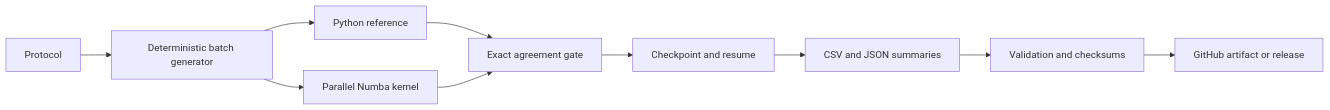
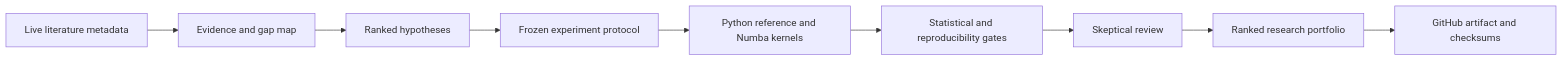
Before and after one commit to net421/industrial-risk-control: the diagram in README.md, drawn with Mermaid. The commit also changed other lines of this file, not shown here.

Commit message:
document research factory roadmap

````diff
--- a/README.md
+++ b/README.md
@@ -24,12 +51,11 @@
 ```mermaid
 flowchart LR
-    A[Protocol] --> B[Deterministic batch generator]
-    B --> C[Python reference]
-    B --> D[Parallel Numba kernel]
-    C --> E[Exact agreement gate]
-    D --> E
-    E --> F[Checkpoint and resume]
-    F --> G[CSV and JSON summaries]
-    G --> H[Validation and checksums]
-    H --> I[GitHub artifact or release]
+    A[Live literature metadata] --> B[Evidence and gap map]
+    B --> C[Ranked hypotheses]
+    C --> D[Frozen experiment protocol]
+    D --> E[Python reference and Numba kernels]
+    E --> F[Statistical and reproducibility gates]
+    F --> G[Skeptical review]
+    G --> H[Ranked research portfolio]
+    H --> I[GitHub artifact and checksums]
 ```
````
